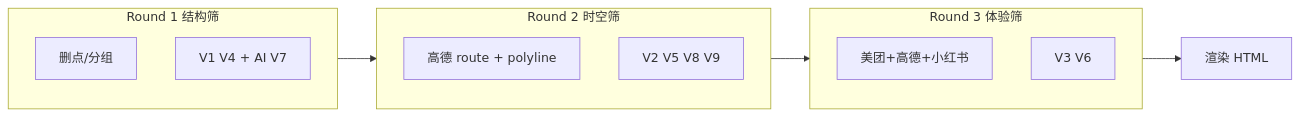
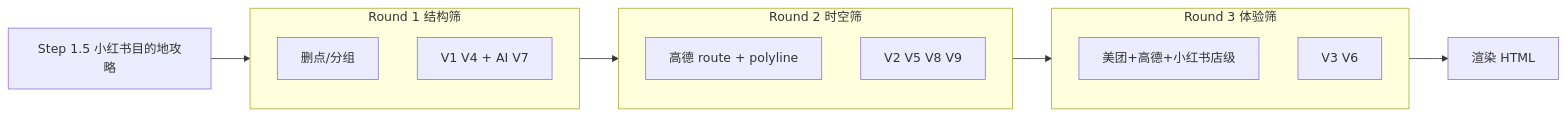
The diagram in references/iteration-rounds.md (SquirrelSong5/travel-planner-skill), drawn with Mermaid before and after one commit. The commit also changed other lines of this file and 5 other files, not shown here.

````diff
--- a/references/iteration-rounds.md
+++ b/references/iteration-rounds.md
@@ -36,16 +36,17 @@
 ```mermaid
 flowchart LR
+    S15[Step 1.5 小红书目的地攻略]
     subgraph R1 [Round 1 结构筛]
         A1[删点/分组]
         A2[V1 V4 + AI V7]
     end
     subgraph R2 [Round 2 时空筛]
         B1[高德 route + polyline]
         B2[V2 V5 V8 V9]
     end
     subgraph R3 [Round 3 体验筛]
-        C1[美团+高德+小红书]
+        C1[美团+高德+小红书店级]
         C2[V3 V6]
     end
-    R1 --> R2 --> R3 --> OUT[渲染 HTML]
+    S15 --> R1 --> R2 --> R3 --> OUT[渲染 HTML]
 ```
````
